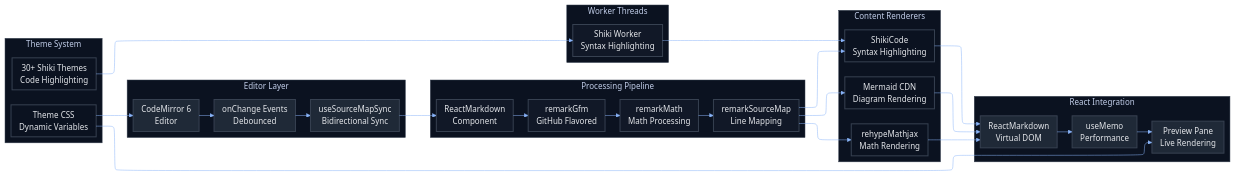
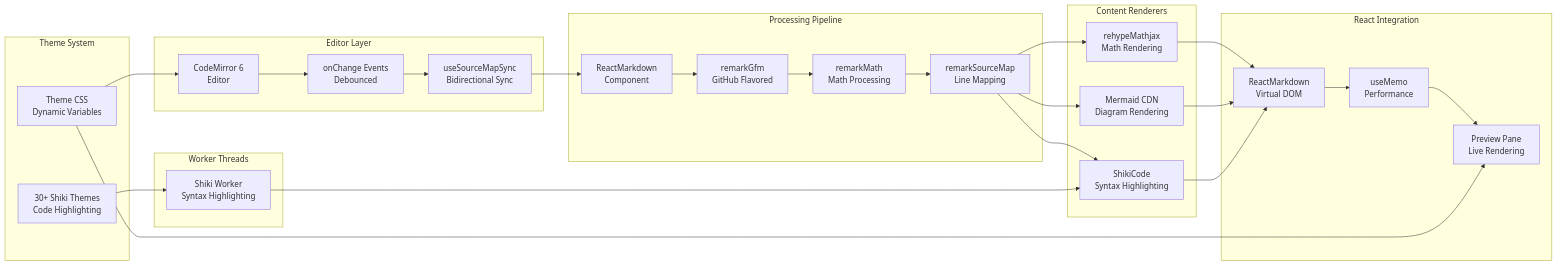
The diagram in src/demo-content.md (yushasama/scribble), drawn with Mermaid before and after one commit. The commit also changed 6 other files, not shown here.

Commit message:
Theme Mermaid diagrams and correct code copy

````diff
--- a/src/demo-content.md
+++ b/src/demo-content.md
@@ -10,67 +10,37 @@
 ```mermaid
-%%{init:{
-  "theme":"base",
-  "securityLevel":"loose",
-  "layout":"elk",
-  "flowchart":{"htmlLabels":true,"curve":"basis","nodeSpacing":28,"rankSpacing":32,"padding":8,"diagramPadding":8,"titleTopMargin":24},
-  "themeVariables":{
-    "background":"transparent",
-      "primaryColor":"#0f172a",
-    "primaryTextColor":"#e5e7eb",
-    "primaryBorderColor":"#374151",
-    "lineColor":"#8ab4f8",
-    "clusterBkg":"#0b1220",
-    "clusterBorder":"#374151",
-    "edgeLabelBackground":"transparent"
-  },
-  "themeCSS": ".edgeLabel,.edgeLabel rect{fill:transparent!important;stroke:none!important;opacity:0!important}.flowchartTitleText{white-space:nowrap}.label foreignObject span{display:inline-block;white-space:normal;overflow-wrap:break-word;word-break:normal;hyphens:auto;line-height:1.25;min-width:12ch;max-width:34ch;text-align:center}"
-}}%%
-
 graph LR
   subgraph "Editor Layer"
     A[CodeMirror 6<br/>Editor]-->B[onChange Events<br/>Debounced]-->C[useSourceMapSync<br/>Bidirectional Sync]
   end
   subgraph "Processing Pipeline"
     D[ReactMarkdown<br/>Component]-->E[remarkGfm<br/>GitHub Flavored]-->F[remarkMath<br/>Math Processing]-->G[remarkSourceMap<br/>Line Mapping]
   end
   subgraph "Content Renderers"
     H[rehypeMathjax<br/>Math Rendering]
     I[Mermaid CDN<br/>Diagram Rendering]
     J[ShikiCode<br/>Syntax Highlighting]
   end
   subgraph "React Integration"
     K[ReactMarkdown<br/>Virtual DOM]-->L[useMemo<br/>Performance]-->M[Preview Pane<br/>Live Rendering]
   end
   subgraph "Worker Threads"
     N[Shiki Worker<br/>Syntax Highlighting]
   end
   subgraph "Theme System"
     O[Theme CSS<br/>Dynamic Variables]
     P[30+ Shiki Themes<br/>Code Highlighting]
   end
 
   C-->D
   G-->H
   G-->I
   G-->J
   H-->K
   I-->K
   J-->K
   N-->J
   O-->A
   O-->M
   P-->N
 
-  classDef editorLayer fill:#1f2937,stroke:#374151,stroke-width:2px,color:#e5e7eb
-  classDef processLayer fill:#111827,stroke:#374151,stroke-width:2px,color:#e5e7eb
-  classDef renderLayer fill:#0b1220,stroke:#374151,stroke-width:2px,color:#e5e7eb
-  classDef reactLayer fill:#1f2937,stroke:#374151,stroke-width:2px,color:#e5e7eb
-  classDef workerLayer fill:#111827,stroke:#374151,stroke-width:2px,color:#e5e7eb
-  classDef themeLayer fill:#0b1220,stroke:#374151,stroke-width:2px,color:#e5e7eb
-  class A,B,C editorLayer
-  class D,E,F,G processLayer
-  class H,I,J renderLayer
-  class K,L,M reactLayer
-  class N workerLayer
-  class O,P themeLayer
 ```
````
